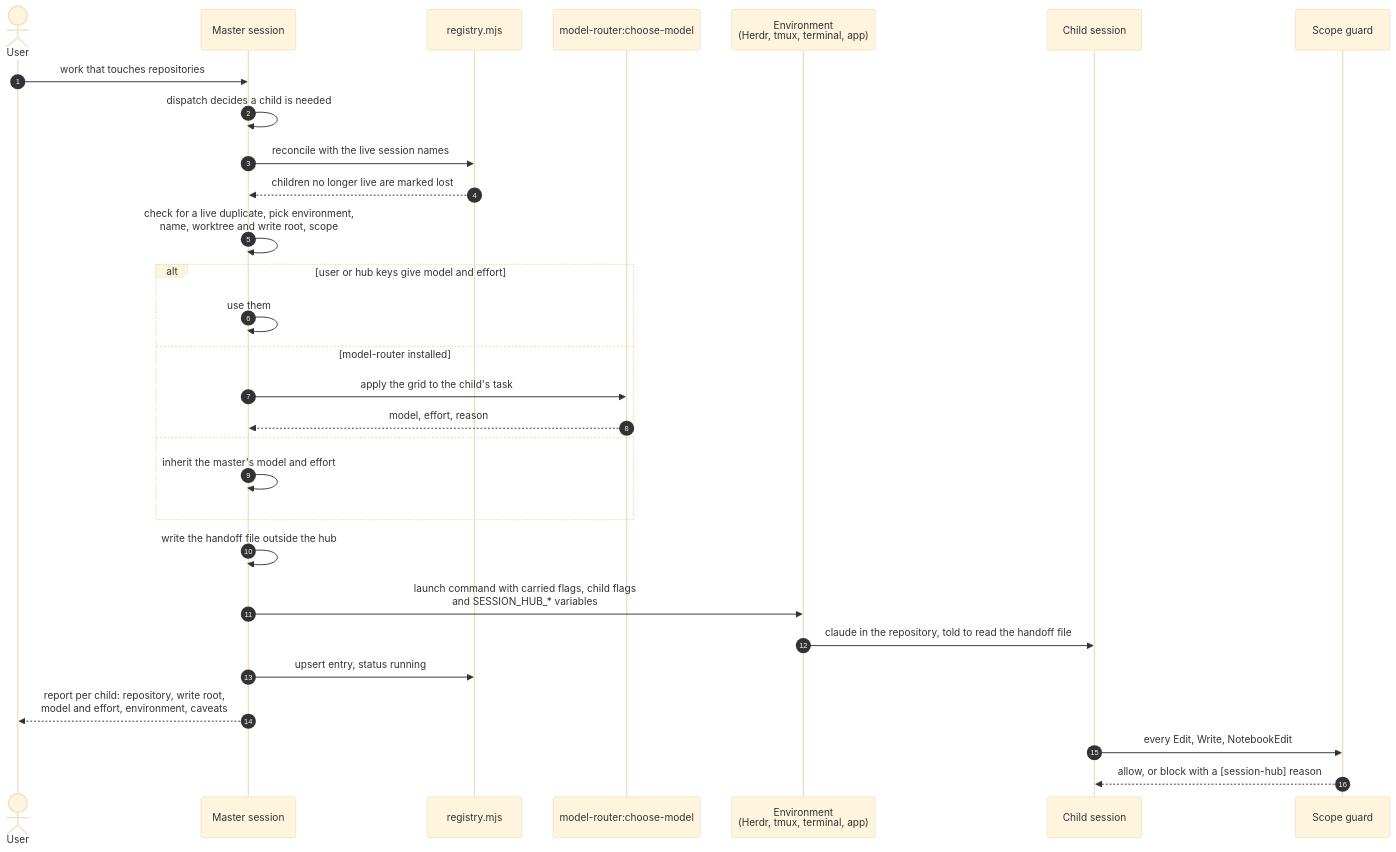
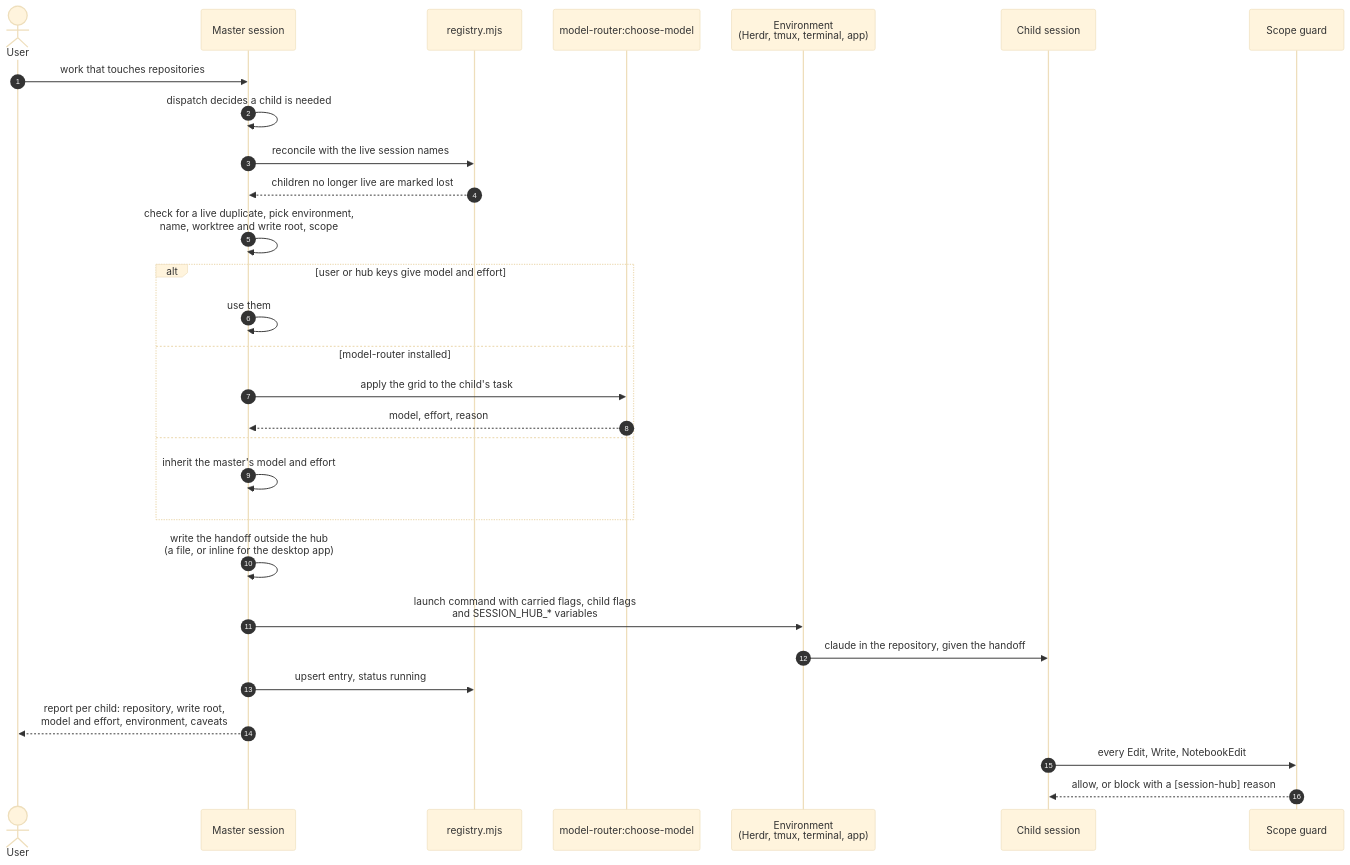
The second of 6 diagrams in docs/architecture.md (MrBogomips/agent-orchestration), drawn with Mermaid (base theme) before and after one commit. The commit also changed other lines of this file and 2 other files, not shown here.

Commit message:
docs: apply the architecture review

````diff
--- a/docs/architecture.md
+++ b/docs/architecture.md
@@ -208,32 +217,32 @@
 ```mermaid
 sequenceDiagram
   autonumber
   actor User
   participant M as Master session
   participant R as registry.mjs
   participant CM as model-router:choose-model
   participant E as Environment<br/>(Herdr, tmux, terminal, app)
   participant C as Child session
   participant G as Scope guard
 
   User->>M: work that touches repositories
   M->>M: dispatch decides a child is needed
   M->>R: reconcile with the live session names
   R-->>M: children no longer live are marked lost
   M->>M: check for a live duplicate, pick environment,<br/>name, worktree and write root, scope
   alt user or hub keys give model and effort
     M->>M: use them
   else model-router installed
     M->>CM: apply the grid to the child's task
     CM-->>M: model, effort, reason
   else
     M->>M: inherit the master's model and effort
   end
-  M->>M: write the handoff file outside the hub
+  M->>M: write the handoff outside the hub<br/>(a file, or inline for the desktop app)
   M->>E: launch command with carried flags, child flags<br/>and SESSION_HUB_* variables
-  E->>C: claude in the repository, told to read the handoff file
+  E->>C: claude in the repository, given the handoff
   M->>R: upsert entry, status running
   M-->>User: report per child: repository, write root,<br/>model and effort, environment, caveats
   C->>G: every Edit, Write, NotebookEdit
   G-->>C: allow, or block with a [session-hub] reason
 ```
````
